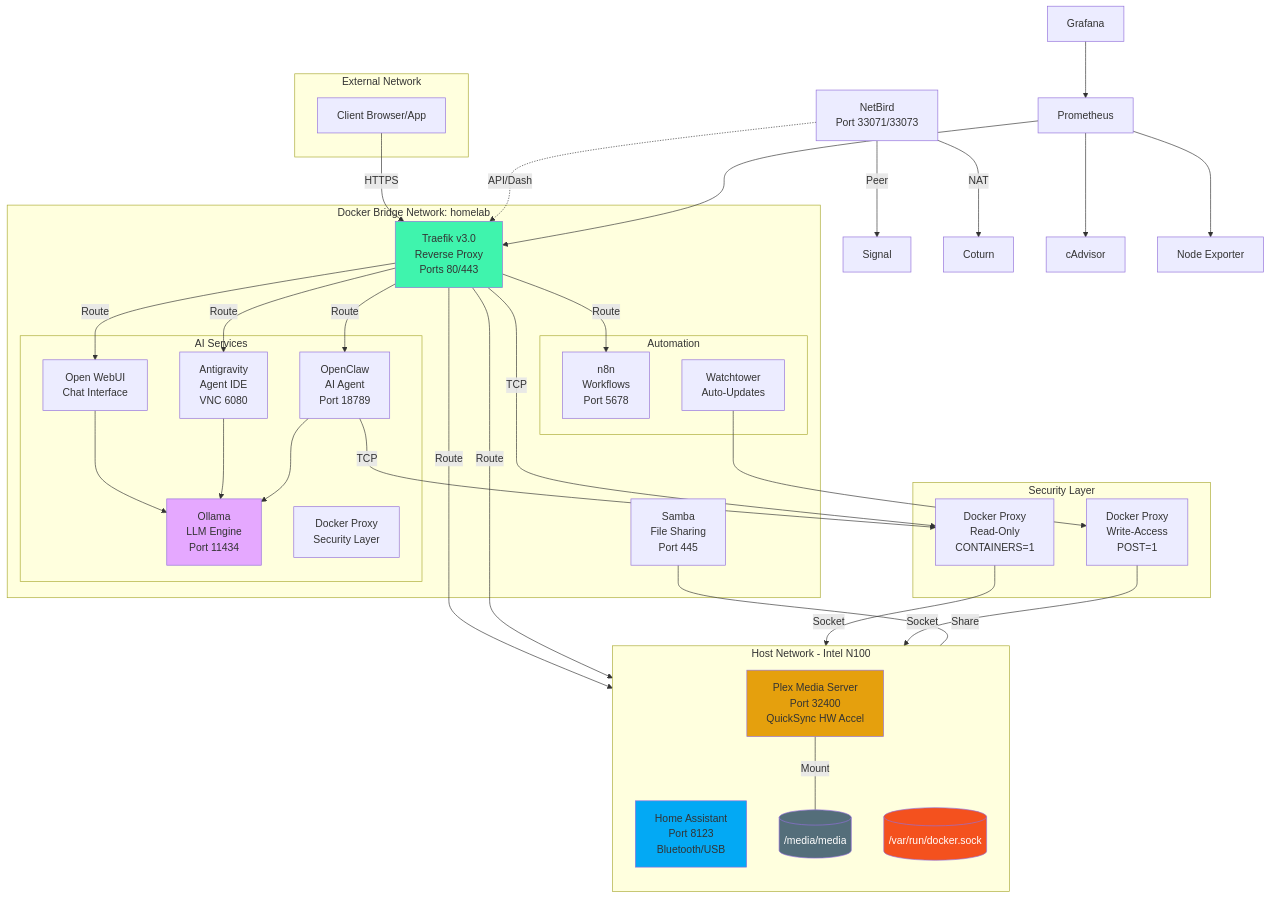
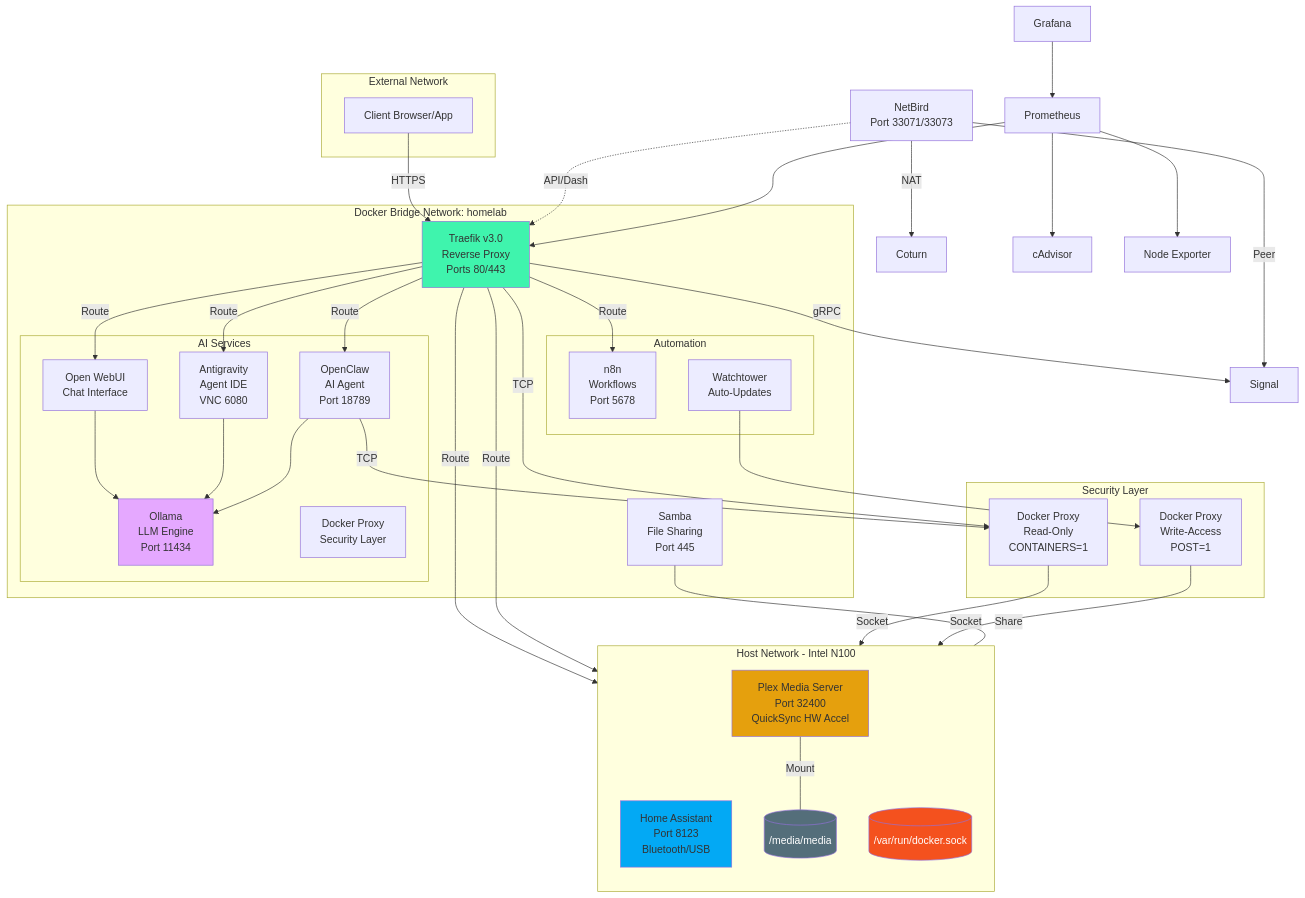
One commit to oweibor/homelab changed the diagram in README.md. Above: the diagram before and after it, drawn with Mermaid. The commit also changed other lines of this file, not shown here.

First line of the commit message:
docs: sync README.md with latest architectural and security updates

````diff
--- a/README.md
+++ b/README.md
@@ -175,80 +175,81 @@
 ```mermaid
 graph TB
     subgraph Internet[External Network]
         User[Client Browser/App]
     end
 
     subgraph HostNet[Host Network - Intel N100]
         direction TB
         HA[Home Assistant<br/>Port 8123<br/>Bluetooth/USB]
         Plex[Plex Media Server<br/>Port 32400<br/>QuickSync HW Accel]
         DockerSock[("/var/run/docker.sock")]
         MediaData[("/media/media")]
     end
 
     subgraph DockerBridge[Docker Bridge Network: homelab]
         Traefik[Traefik v3.0<br/>Reverse Proxy<br/>Ports 80/443]
         
         subgraph AIStack[AI Services]
             Ollama[Ollama<br/>LLM Engine<br/>Port 11434]
             WebUI[Open WebUI<br/>Chat Interface]
             Antigravity[Antigravity<br/>Agent IDE<br/>VNC 6080]
             OpenClaw[OpenClaw<br/>AI Agent<br/>Port 18789]
             Proxy[Docker Proxy<br/>Security Layer]
         end
         
         subgraph AutoStack[Automation]
             n8n[n8n<br/>Workflows<br/>Port 5678]
             Watchtower[Watchtower<br/>Auto-Updates]
         end
         
         Samba[Samba<br/>File Sharing<br/>Port 445]
     end
 
     subgraph DockerSecurity[Security Layer]
         ProxyRO[Docker Proxy<br/>Read-Only<br/>CONTAINERS=1]
         ProxyRW[Docker Proxy<br/>Write-Access<br/>POST=1]
     end
 
     User -->|HTTPS| Traefik
     Traefik -->|Route| WebUI
     Traefik -->|Route| HA
     Traefik -->|Route| Plex
     Traefik -->|Route| n8n
     Traefik -->|Route| Antigravity
     Traefik -->|Route| OpenClaw
 
     WebUI --> Ollama
     Antigravity --> Ollama
     OpenClaw --> Ollama
     
     %% System Integrations
     OpenClaw -->|TCP| ProxyRO
     Traefik -->|TCP| ProxyRO
     ProxyRO -->|Socket| DockerSock
     
     %% Watchtower Zero-Trust
     Watchtower --> ProxyRW
     ProxyRW -->|Socket| DockerSock
     
     %% Remote Access
     NetBird[NetBird<br/>Port 33071/33073] -.->|API/Dash| Traefik
-    NetBird -- Peer --> Signal[Signal]
+    Traefik -->|gRPC| Signal[Signal]
+    NetBird -- Peer --> Signal
     NetBird -- NAT --> Coturn[Coturn]
     
     %% Observability
     Prometheus[Prometheus] --> cAdvisor[cAdvisor]
     Prometheus --> NodeExp[Node Exporter]
     Prometheus --> Traefik
     Grafana[Grafana] --> Prometheus
     
     Plex ---|Mount| MediaData
     Samba ---|Share| MediaData
 
     style Traefik fill:#3ff4ad
     style Ollama fill:#e5a8ff
     style HA fill:#03A9F4
     style Plex fill:#E5A00D
     style MediaData fill:#546E7A,color:#fff
     style DockerSock fill:#F4511E,color:#fff
 ```
````
